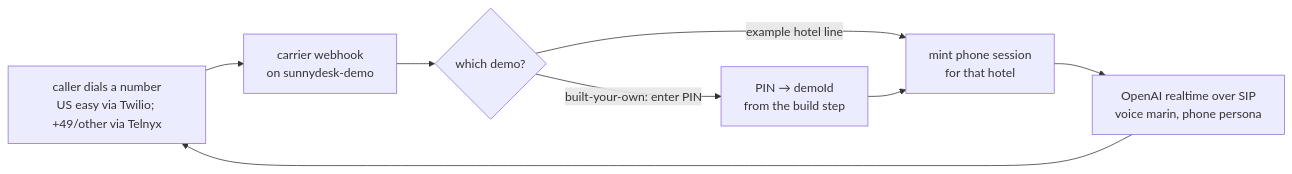
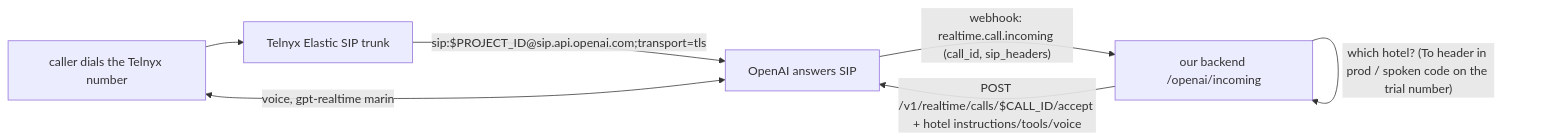
Before and after one commit to jacesabr/sunnydesk: the fifth of 5 diagrams in design/build-guide.md, drawn with Mermaid. The commit also changed other lines of this file and 1 other file, not shown here.

First line of the commit message:
docs: phone-in trial path (Telnyx SIP -> OpenAI native inbound SIP)

````diff
--- a/design/build-guide.md
+++ b/design/build-guide.md
@@ -262,9 +272,9 @@
 ```mermaid
 flowchart LR
-  C[caller dials a number<br/>US easy via Twilio; +49/other via Telnyx] --> TW[carrier webhook<br/>on sunnydesk-demo]
-  TW --> PIN{which demo?}
-  PIN -->|example hotel line| S1[mint phone session<br/>for that hotel]
-  PIN -->|"built-your-own: enter PIN"| RES[PIN → demoId<br/>from the build step] --> S1
-  S1 --> O[OpenAI realtime over SIP<br/>voice marin, phone persona]
-  O --> C
+  C[caller dials the Telnyx number] --> TX[Telnyx Elastic SIP trunk]
+  TX -->|"sip:$PROJECT_ID@sip.api.openai.com;transport=tls"| OAI[OpenAI answers SIP]
+  OAI -->|"webhook: realtime.call.incoming (call_id, sip_headers)"| BE[our backend /openai/incoming]
+  BE -->|"which hotel? (To header in prod / spoken code on the trial number)"| BE
+  BE -->|"POST /v1/realtime/calls/$CALL_ID/accept + hotel instructions/tools/voice"| OAI
+  OAI <-->|voice, gpt-realtime marin| C
 ```
````
